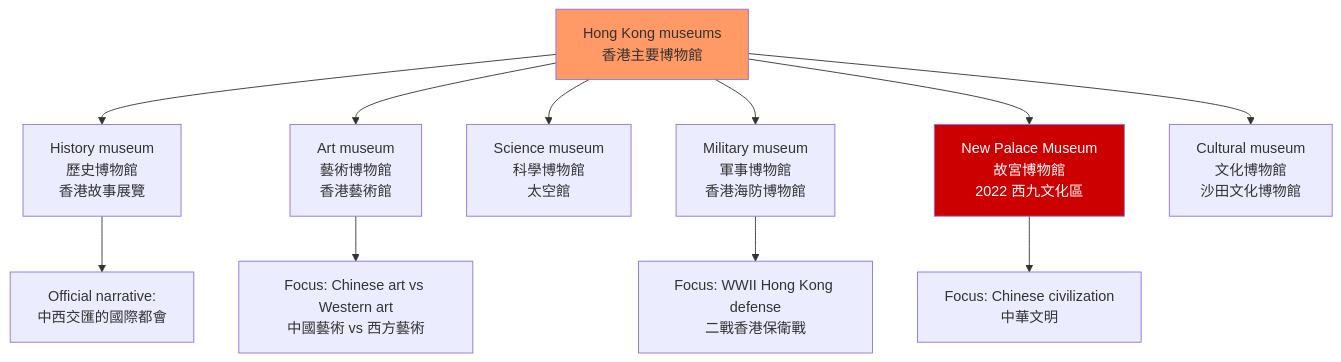
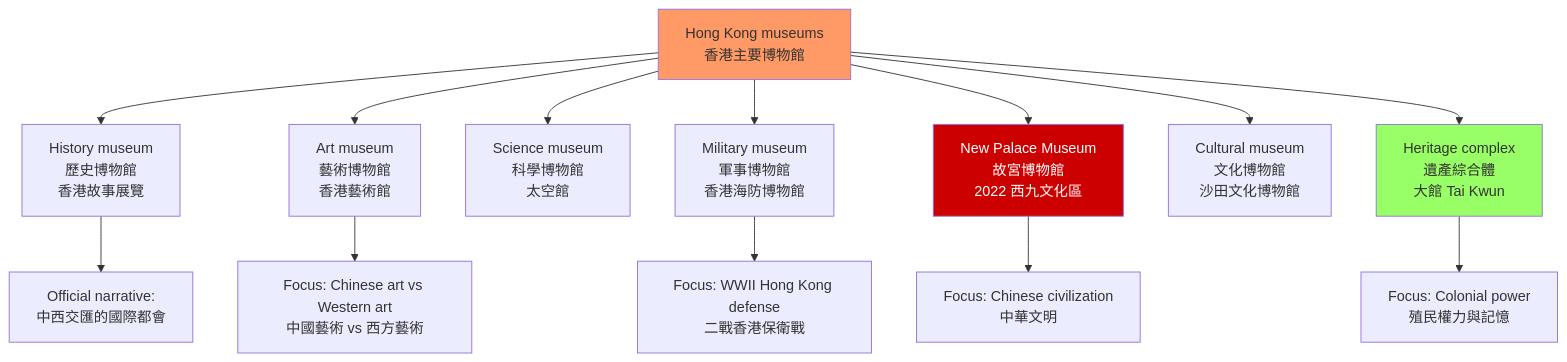
Before and after one commit to yip-lgtm/HKU-Harvard-History-Self-Study: the fourth of 5 diagrams in 01_HKU_Courses/HIST4033_Museum_and_History.md, drawn with Mermaid. The commit also changed other lines of this file and 22 other files, not shown here.

````diff
--- a/01_HKU_Courses/HIST4033_Museum_and_History.md
+++ b/01_HKU_Courses/HIST4033_Museum_and_History.md
@@ -172,17 +277,20 @@
 ```mermaid
 graph TD
     A[Hong Kong museums<br/>香港主要博物館] --> B[History museum<br/>歷史博物館<br/>香港故事展覽]
     A --> C[Art museum<br/>藝術博物館<br/>香港藝術館]
     A --> D[Science museum<br/>科學博物館<br/>太空館]
     A --> E[Military museum<br/>軍事博物館<br/>香港海防博物館]
     A --> F[New Palace Museum<br/>故宮博物館<br/>2022 西九文化區]
     A --> G[Cultural museum<br/>文化博物館<br/>沙田文化博物館]
+    A --> H[Heritage complex<br/>遺產綜合體<br/>大館 Tai Kwun]
     
-    B --> H[Official narrative:<br/>中西交匯的國際都會]
-    C --> I[Focus: Chinese art vs Western art<br/>中國藝術 vs 西方藝術]
-    E --> J[Focus: WWII Hong Kong defense<br/>二戰香港保衛戰]
-    F --> K[Focus: Chinese civilization<br/>中華文明]
+    B --> H1[Official narrative:<br/>中西交匯的國際都會]
+    C --> H2[Focus: Chinese art vs Western art<br/>中國藝術 vs 西方藝術]
+    E --> H3[Focus: WWII Hong Kong defense<br/>二戰香港保衛戰]
+    F --> H4[Focus: Chinese civilization<br/>中華文明]
+    H --> H5[Focus: Colonial power<br/>殖民權力與記憶]
     
     style A fill:#f96
     style F fill:#c00,color:#fff
+    style H fill:#9f6
 ```
````
